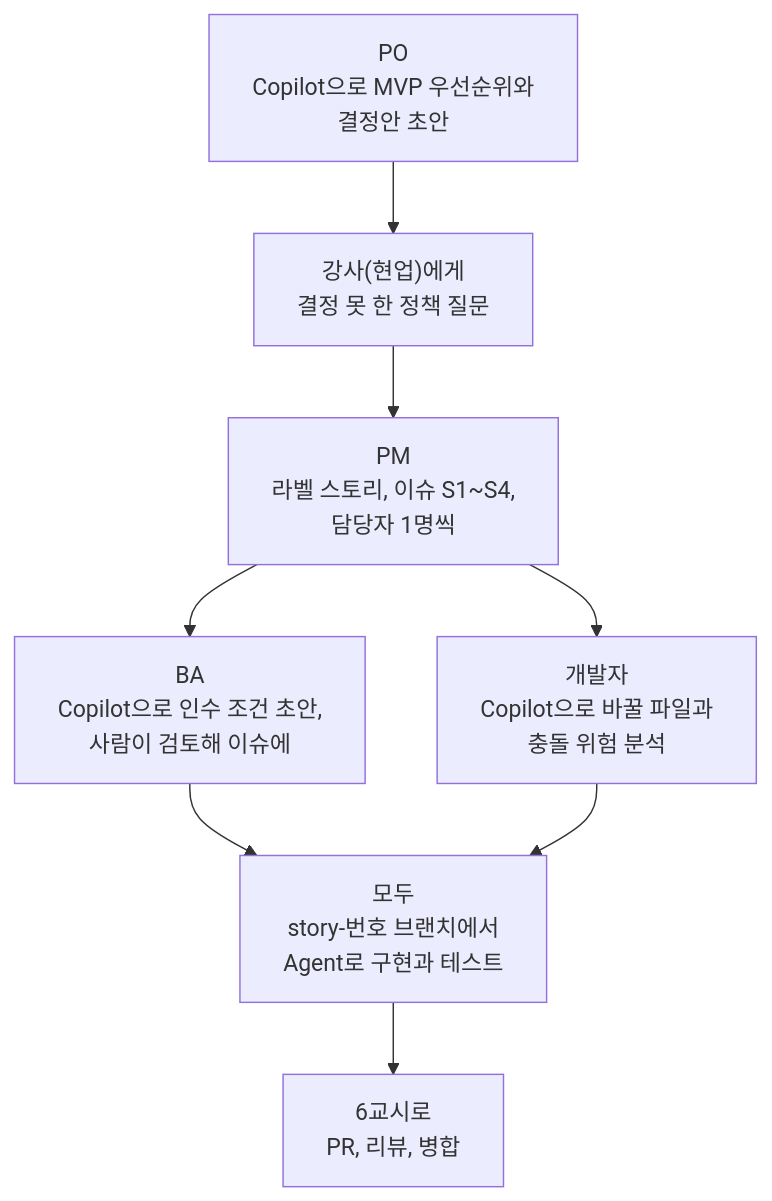
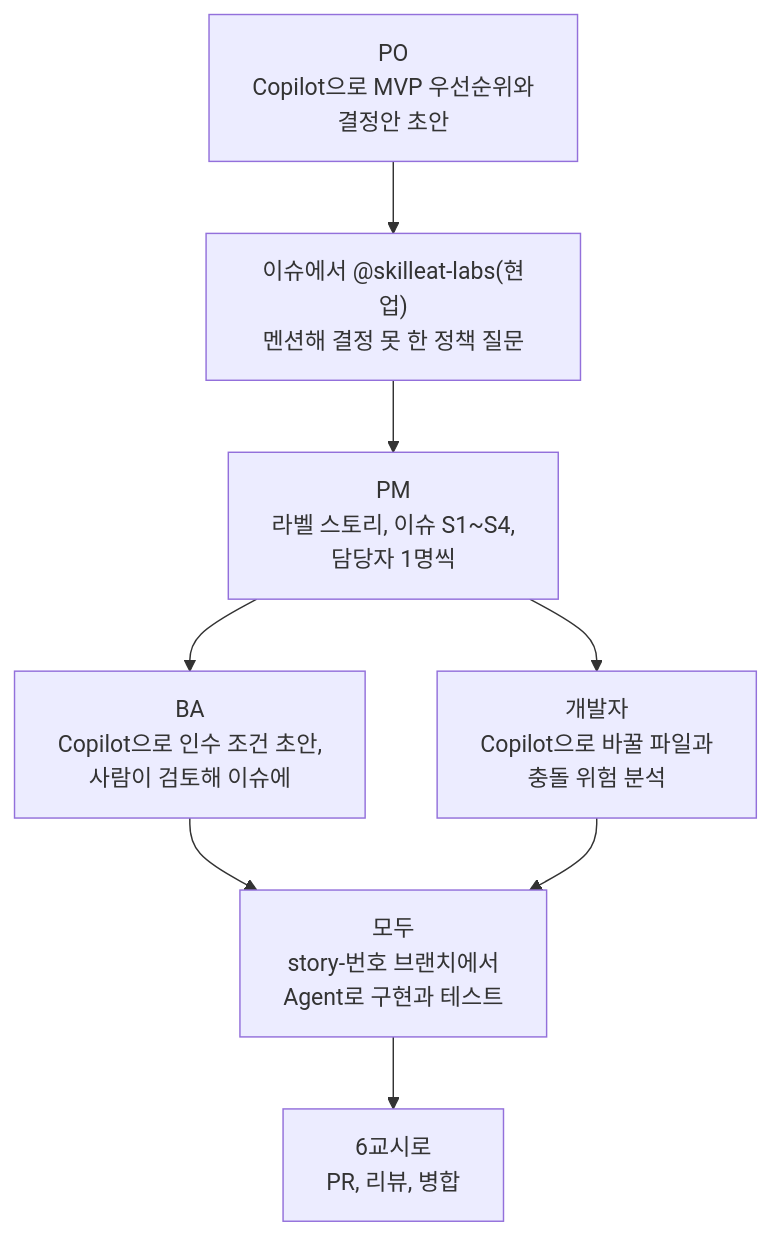
Before and after one commit to skilleat-labs/github-300-lab: the fourth of 4 diagrams in docs/class5/index.md, drawn with Mermaid. The commit also changed other lines of this file and 2 other files, not shown here.

Commit message:
5-1 STEP 2: 현업 질문을 이슈에서 @skilleat-labs 멘션으로

````diff
--- a/docs/class5/index.md
+++ b/docs/class5/index.md
@@ -97,10 +97,10 @@
 ```mermaid
 flowchart TB
-    A["PO<br/>Copilot으로 MVP 우선순위와<br/>결정안 초안"] --> B["강사(현업)에게<br/>결정 못 한 정책 질문"]
+    A["PO<br/>Copilot으로 MVP 우선순위와<br/>결정안 초안"] --> B["이슈에서 @skilleat-labs(현업)<br/>멘션해 결정 못 한 정책 질문"]
     B --> C["PM<br/>라벨 스토리, 이슈 S1~S4,<br/>담당자 1명씩"]
     C --> D["BA<br/>Copilot으로 인수 조건 초안,<br/>사람이 검토해 이슈에"]
     C --> E["개발자<br/>Copilot으로 바꿀 파일과<br/>충돌 위험 분석"]
     D --> F["모두<br/>story-번호 브랜치에서<br/>Agent로 구현과 테스트"]
     E --> F
     F --> G["6교시로<br/>PR, 리뷰, 병합"]
 ```
````
